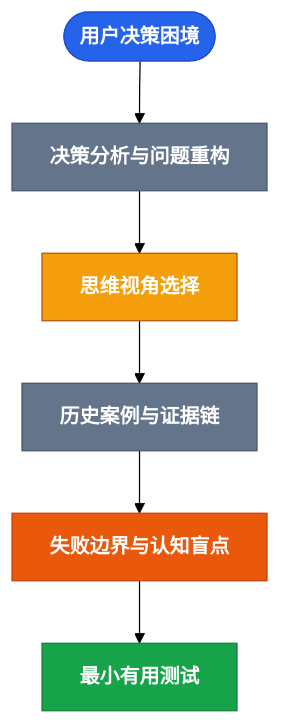
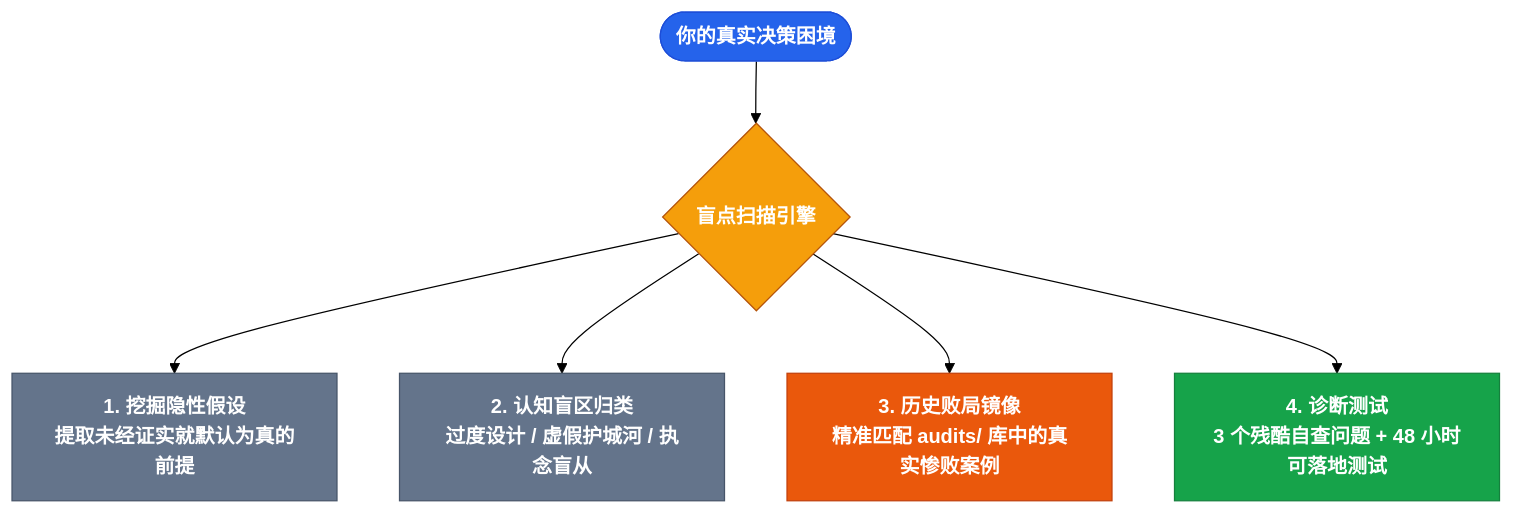
The diagram in README.zh-CN.md (DOTfei/borrowed-brain-pro), drawn with Mermaid (forest theme) before and after one commit. The commit also changed other lines of this file and 6 other files, not shown here.

````diff
--- a/README.zh-CN.md
+++ b/README.zh-CN.md
@@ -66,14 +79,19 @@
 ```mermaid
 flowchart TD
-    Start(["用户决策困境"]):::start --> S1["决策分析与问题重构"]:::action
-    S1 --> S2["思维视角选择"]:::decision
-    S2 --> S3["历史案例与证据链"]:::action
-    S3 --> S4["失败边界与认知盲点"]:::warning
-    S4 --> End["最小有用测试"]:::success
+    Dilemma(["你的真实决策困境"]):::start --> Scan{"盲点扫描引擎"}:::decision
+
+    Scan --> S1["1. 挖掘隐性假设
+提取未经证实就默认为真的前提"]:::action
+    Scan --> S2["2. 认知盲区归类
+过度设计 / 虚假护城河 / 执念盲从"]:::action
+    Scan --> S3["3. 历史败局镜像
+精准匹配 audits/ 库中的真实惨败案例"]:::warning
+    Scan --> S4["4. 诊断测试
+3 个残酷自查问题 + 48 小时可落地测试"]:::success
 
     classDef start fill:#2563eb,stroke:#1d4ed8,color:#ffffff,font-weight:bold
     classDef decision fill:#f59e0b,stroke:#b45309,color:#ffffff,font-weight:bold
     classDef action fill:#64748b,stroke:#475569,color:#ffffff,font-weight:bold
     classDef warning fill:#ea580c,stroke:#c2410c,color:#ffffff,font-weight:bold
     classDef success fill:#16a34a,stroke:#15803d,color:#ffffff,font-weight:bold
 ```
````
